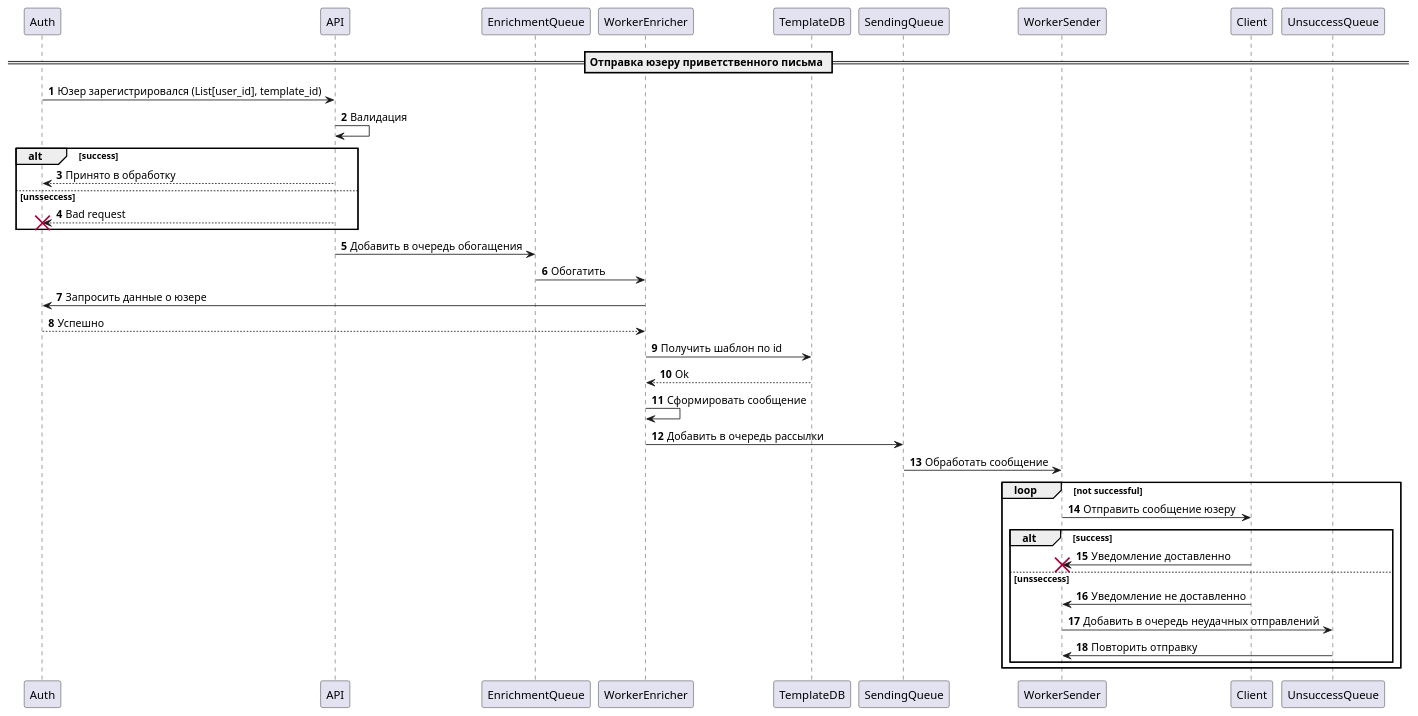
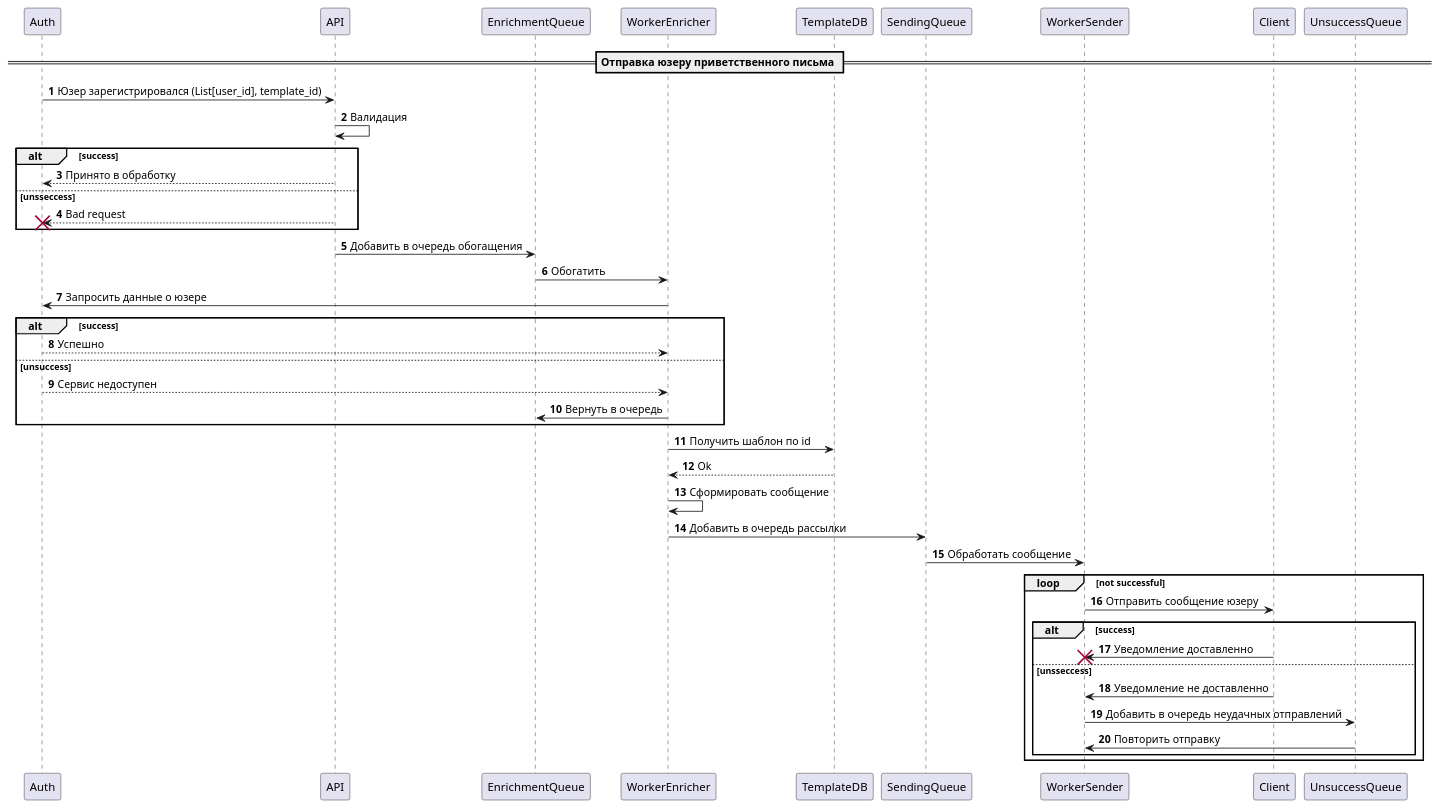
Before and after one commit to Practicum-24-10/notifier: the diagram in docs/sequence.puml, drawn with PlantUML. The commit also changed 8 other files, not shown here.

```diff
--- a/docs/sequence.puml
+++ b/docs/sequence.puml
@@ -1,44 +1,50 @@
 @startuml
 
 autonumber
 
 == Отправка юзеру приветственного письма ==
 
 Auth -> API: Юзер зарегистрировался (List[user_id], template_id)
 API -> API: Валидация
 
 alt success
     API --> Auth: Принято в обработку
 else unsseccess
     API --> Auth: Bad request
     destroy Auth
 end
 
 API -> EnrichmentQueue: Добавить в очередь обогащения
 
 EnrichmentQueue -> WorkerEnricher: Обогатить
+
 WorkerEnricher -> Auth: Запросить данные о юзере
 
-Auth --> WorkerEnricher: Успешно
+alt success
+    Auth --> WorkerEnricher: Успешно
+else unsuccess
+    Auth --> WorkerEnricher: Сервис недоступен
+    WorkerEnricher -> EnrichmentQueue: Вернуть в очередь
+end
 
 WorkerEnricher -> TemplateDB: Получить шаблон по id
 TemplateDB --> WorkerEnricher: Ok
 WorkerEnricher -> WorkerEnricher: Сформировать сообщение
 
 WorkerEnricher -> SendingQueue: Добавить в очередь рассылки
 
 SendingQueue -> WorkerSender: Обработать сообщение
 
 loop not successful
     WorkerSender -> Client: Отправить сообщение юзеру
     alt success
         Client -> WorkerSender: Уведомление доставленно
         destroy WorkerSender
     else unsseccess
         Client -> WorkerSender: Уведомление не доставленно
         WorkerSender -> UnsuccessQueue: Добавить в очередь неудачных отправлений
         UnsuccessQueue -> WorkerSender: Повторить отправку
     end
 end
 
 @enduml
```
